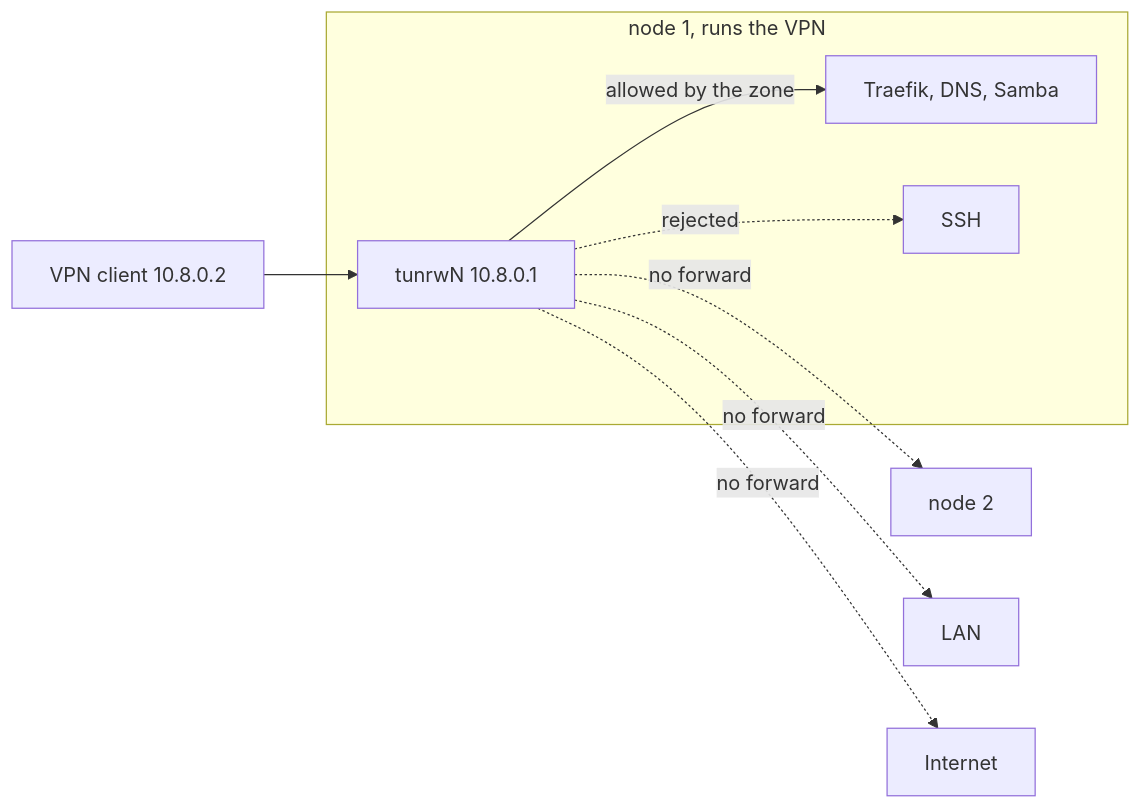
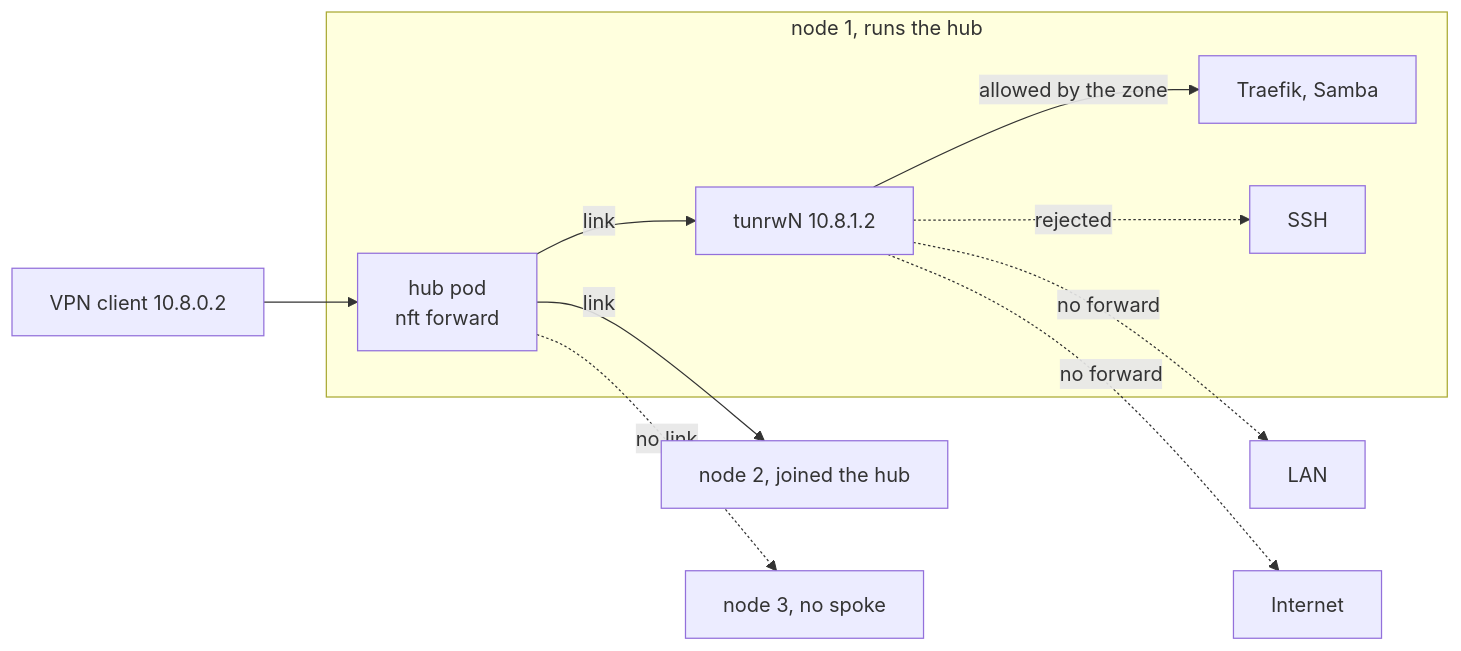
Before and after one commit to stephdl/ns8-roadwarrior: the third of 7 diagrams in docs/network.md, drawn with Mermaid. The commit also changed other lines of this file and 27 other files, not shown here.

First line of the commit message:
feat: keep only the hub and spoke roles

````diff
--- a/docs/network.md
+++ b/docs/network.md
@@ -82,21 +88,25 @@
 ```mermaid
 flowchart LR
     client["VPN client 10.8.0.2"]
 
-    subgraph node1["node 1, runs the VPN"]
-        tun1["tunrwN 10.8.0.1"]
-        svc["Traefik, DNS, Samba"]
+    subgraph node1["node 1, runs the hub"]
+        pod["hub pod<br/>nft forward"]
+        tun1["tunrwN 10.8.1.2"]
+        svc["Traefik, Samba"]
         ssh1["SSH"]
     end
 
-    node2["node 2"]
+    node2["node 2, joined the hub"]
+    node3["node 3, no spoke"]
     lan["LAN"]
     internet["Internet"]
 
-    client --> tun1
+    client --> pod
+    pod -- "link" --> tun1
     tun1 -- "allowed by the zone" --> svc
     tun1 -. "rejected" .-> ssh1
-    tun1 -. "no forward" .-> node2
+    pod -- "link" --> node2
+    pod -. "no link" .-> node3
     tun1 -. "no forward" .-> lan
     tun1 -. "no forward" .-> internet
 ```
````
